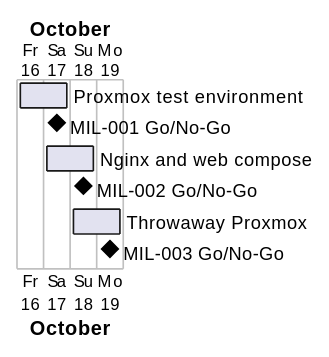
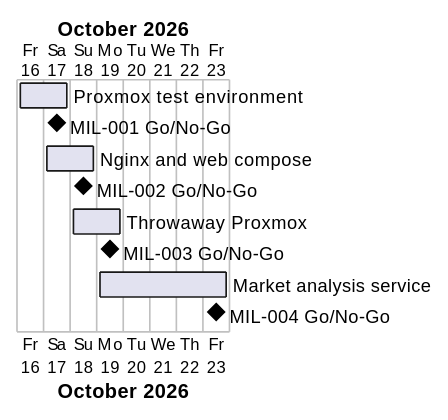
The diagram in docs/project-plan.md (NF-Hotel/NFHotel), drawn with PlantUML before and after one commit. The commit also changed other lines of this file and 10 other files, not shown here.

````diff
--- a/docs/project-plan.md
+++ b/docs/project-plan.md
@@ -39,11 +40,13 @@
 ```plantuml
 @startgantt
 Project starts 2026-10-16
 [Proxmox test environment] starts 2026-10-16 and ends 2026-10-17
 [MIL-001 Go/No-Go] happens 2026-10-17
 [Nginx and web compose] starts 2026-10-17 and ends 2026-10-18
 [MIL-002 Go/No-Go] happens 2026-10-18
 [Throwaway Proxmox] starts 2026-10-18 and ends 2026-10-19
 [MIL-003 Go/No-Go] happens 2026-10-19
+[Market analysis service] starts 2026-10-19 and ends 2026-10-23
+[MIL-004 Go/No-Go] happens 2026-10-23
 @endgantt
 ```
````
